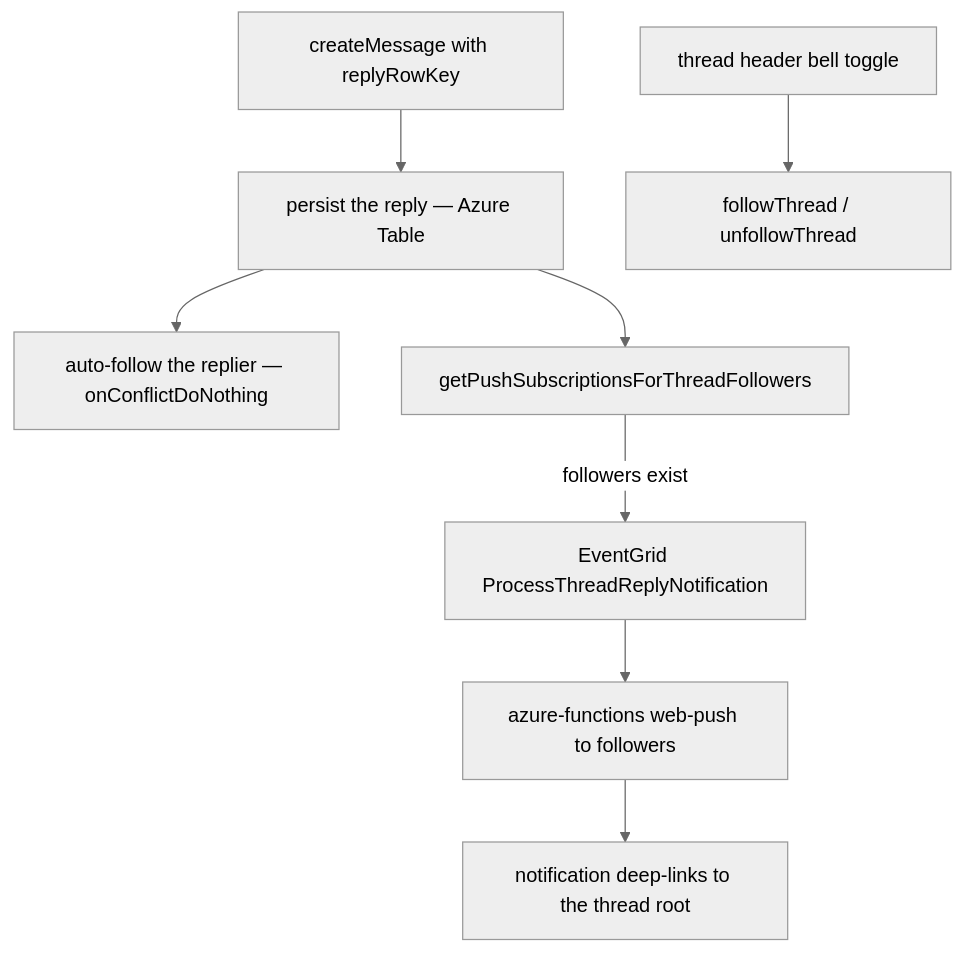
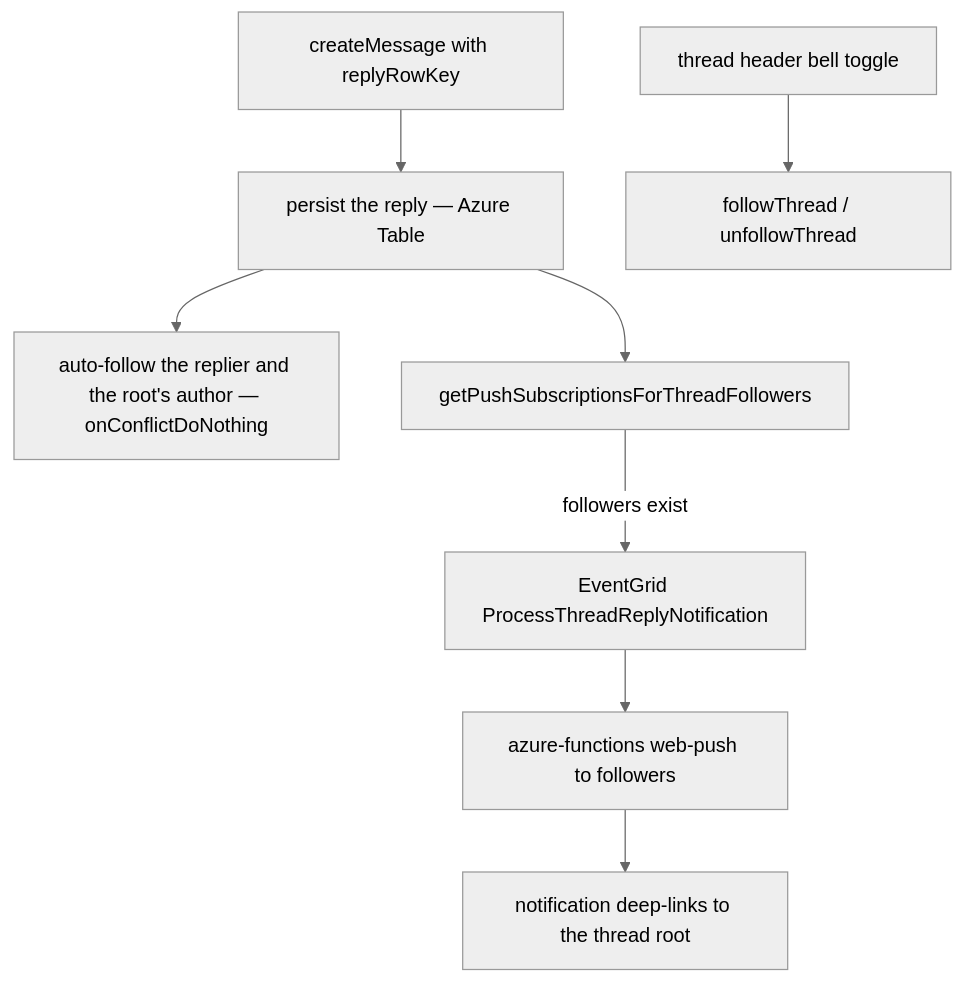
The diagram in packages/app/content/docs/esbabbler/thread-follows.md (Esposter/Esposter), drawn with Mermaid (neutral theme) before and after one commit. The commit also changed other lines of this file and 122 other files, not shown here.

````diff
--- a/packages/app/content/docs/esbabbler/thread-follows.md
+++ b/packages/app/content/docs/esbabbler/thread-follows.md
@@ -14,10 +14,10 @@
 ```mermaid
 flowchart TD
   R["createMessage with replyRowKey"] --> P["persist the reply — Azure Table"]
-  P --> AF["auto-follow the replier — onConflictDoNothing"]
+  P --> AF["auto-follow the replier and the root's author — onConflictDoNothing"]
   P --> Q["getPushSubscriptionsForThreadFollowers"]
   Q -->|followers exist| E["EventGrid ProcessThreadReplyNotification"]
   E --> F["azure-functions web-push to followers"]
   F --> D["notification deep-links to the thread root"]
   B["thread header bell toggle"] --> FT["followThread / unfollowThread"]
 ```
````
